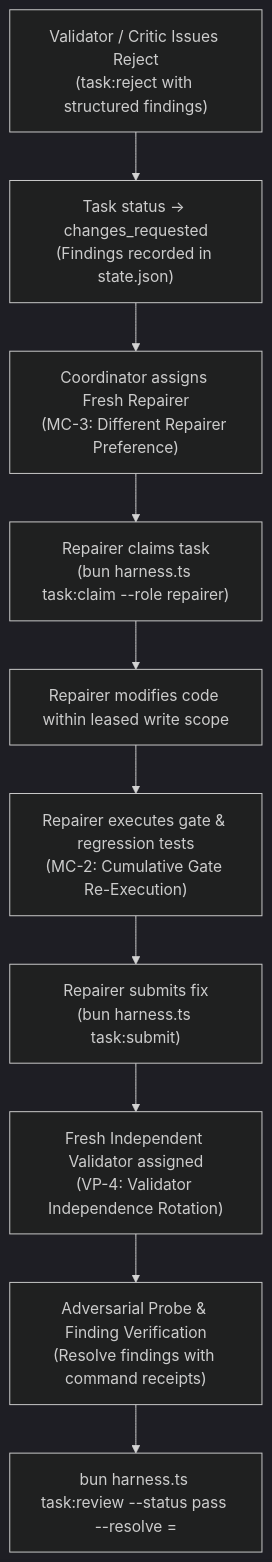
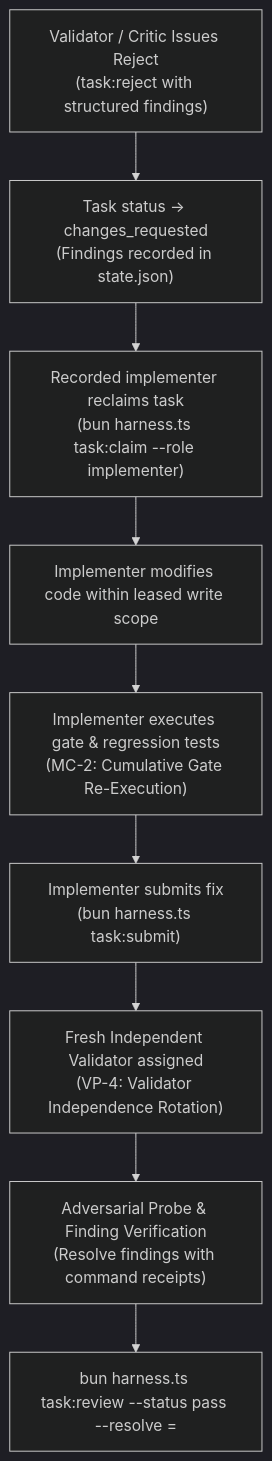
One commit to onurseckin/skills changed the third of 3 diagrams in docs/olt/architecture/16-error-catalog-and-blunders/16-04-recovery-and-mitigation-playbooks.md. Above: the diagram before and after it, drawn with Mermaid (dark theme). The commit also changed other lines of this file and 1002 other files, not shown here.

````diff
--- a/docs/olt/architecture/16-error-catalog-and-blunders/16-04-recovery-and-mitigation-playbooks.md
+++ b/docs/olt/architecture/16-error-catalog-and-blunders/16-04-recovery-and-mitigation-playbooks.md
@@ -322,16 +322,14 @@
 ```mermaid
 flowchart TD
     Reject["Validator / Critic Issues Reject\n(task:reject with structured findings)"] --> StatusCR["Task status -> changes_requested\n(Findings recorded in state.json)"]
 
-    StatusCR --> DispatchRepair["Coordinator assigns Fresh Repairer\n(MC-3: Different Repairer Preference)"]
+    StatusCR --> ImplementerClaim["Recorded implementer reclaims task\n(bun harness.ts task:claim --role implementer)"]
 
-    DispatchRepair --> RepairerClaim["Repairer claims task\n(bun harness.ts task:claim --role repairer)"]
-
-    RepairerClaim --> FixCode["Repairer modifies code within leased write scope"]
-    FixCode --> RunTests["Repairer executes gate & regression tests\n(MC-2: Cumulative Gate Re-Execution)"]
-    RunTests --> SubmitFix["Repairer submits fix\n(bun harness.ts task:submit)"]
+    ImplementerClaim --> FixCode["Implementer modifies code within leased write scope"]
+    FixCode --> RunTests["Implementer executes gate & regression tests\n(MC-2: Cumulative Gate Re-Execution)"]
+    RunTests --> SubmitFix["Implementer submits fix\n(bun harness.ts task:submit)"]
 
     SubmitFix --> FreshValidator["Fresh Independent Validator assigned\n(VP-4: Validator Independence Rotation)"]
     FreshValidator --> ProbeCheck["Adversarial Probe & Finding Verification\n(Resolve findings with command receipts)"]
     ProbeCheck --> PassReview["bun harness.ts task:review --status pass --resolve <id>=<cmd>"]
 ```
````
